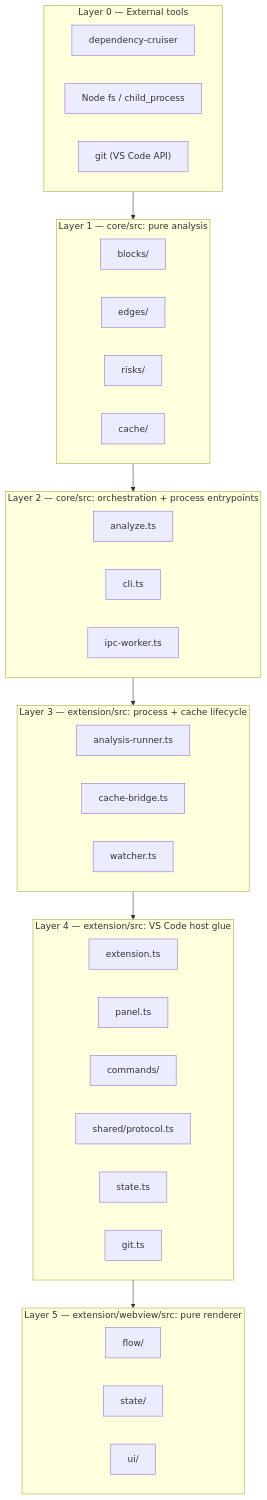
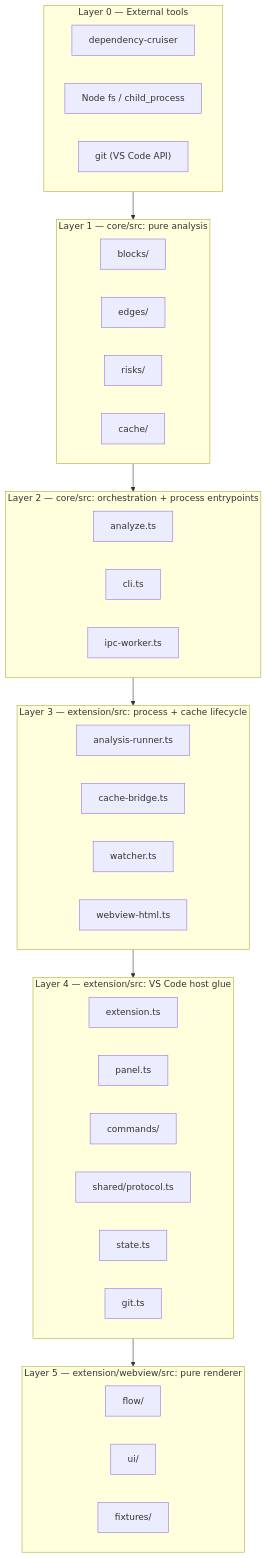
The diagram in docs/architecture/LAYERS.md (PoisedDok/BlockNet), drawn with Mermaid before and after one commit. The commit also changed other lines of this file and 2 other files, not shown here.

Commit message:
Update architecture docs for Task 7: webview implementation, files, protocol status

````diff
--- a/docs/architecture/LAYERS.md
+++ b/docs/architecture/LAYERS.md
@@ -6,45 +6,46 @@
 ```mermaid
 flowchart TB
     subgraph L0["Layer 0 — External tools"]
         direction LR
         L0a["dependency-cruiser"]
         L0b["Node fs / child_process"]
         L0c["git (VS Code API)"]
     end
     subgraph L1["Layer 1 — core/src: pure analysis"]
         direction LR
         L1a["blocks/"]
         L1b["edges/"]
         L1c["risks/"]
         L1d["cache/"]
     end
     subgraph L2["Layer 2 — core/src: orchestration + process entrypoints"]
         direction LR
         L2a["analyze.ts"]
         L2b["cli.ts"]
         L2c["ipc-worker.ts"]
     end
     subgraph L3["Layer 3 — extension/src: process + cache lifecycle"]
         direction LR
         L3a["analysis-runner.ts"]
         L3b["cache-bridge.ts"]
         L3c["watcher.ts"]
+        L3d["webview-html.ts"]
     end
     subgraph L4["Layer 4 — extension/src: VS Code host glue"]
         direction LR
         L4a["extension.ts"]
         L4b["panel.ts"]
         L4c["commands/"]
         L4d["shared/protocol.ts"]
         L4e["state.ts"]
         L4f["git.ts"]
     end
     subgraph L5["Layer 5 — extension/webview/src: pure renderer"]
         direction LR
         L5a["flow/"]
-        L5b["state/"]
-        L5c["ui/"]
+        L5b["ui/"]
+        L5c["fixtures/"]
     end
 
     L0 --> L1 --> L2 --> L3 --> L4 --> L5
 ```
````
